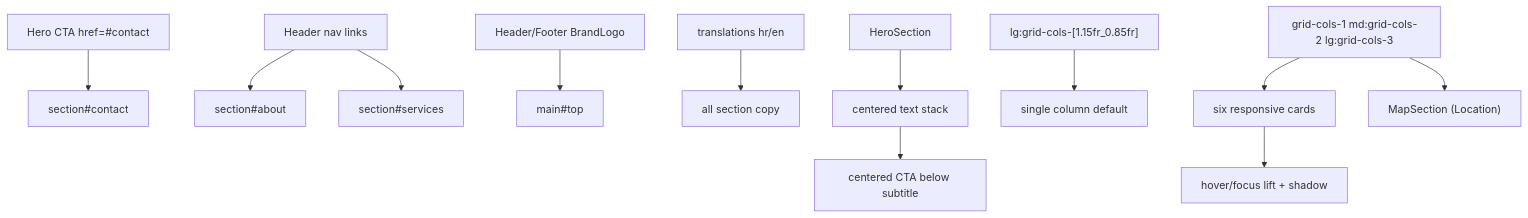
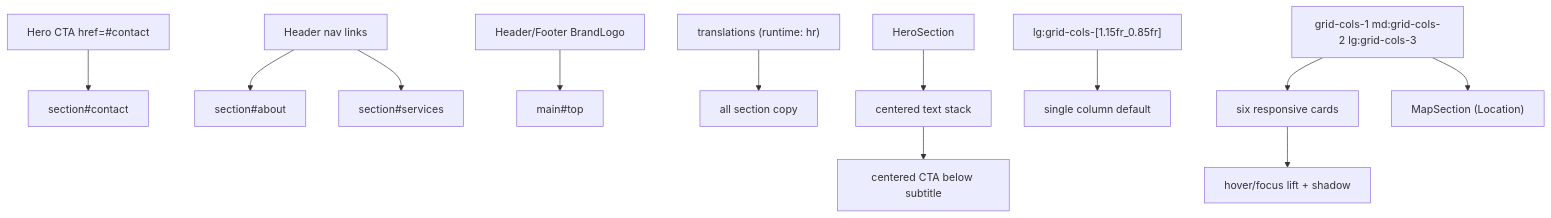
One commit to ipavic933-spec/website-pavic changed the diagram in lode/ui/home-main-content.md. Above: the diagram before and after it, drawn with Mermaid. The commit also changed other lines of this file and 11 other files, not shown here.

````diff
--- a/lode/ui/home-main-content.md
+++ b/lode/ui/home-main-content.md
@@ -11,14 +11,14 @@
 ```mermaid
 flowchart TD
   HeroCTA["Hero CTA href=#contact"] --> ContactId["section#contact"]
   HeaderNav["Header nav links"] --> AboutId["section#about"]
   HeaderNav --> ServicesId["section#services"]
   BrandLogo["Header/Footer BrandLogo"] --> TopId["main#top"]
-  I18n["translations hr/en"] --> Sections["all section copy"]
+  I18n["translations (runtime: hr)"] --> Sections["all section copy"]
   HeroSection --> HeroStack["centered text stack"]
   HeroStack --> CtaButton["centered CTA below subtitle"]
   AboutDesktop["lg:grid-cols-[1.15fr_0.85fr]"] --> AboutMobile["single column default"]
   Services["grid-cols-1 md:grid-cols-2 lg:grid-cols-3"] --> ServiceCards["six responsive cards"]
   ServiceCards --> CardHover["hover/focus lift + shadow"]
   Services --> Map["MapSection (Location)"]
 ```
````
